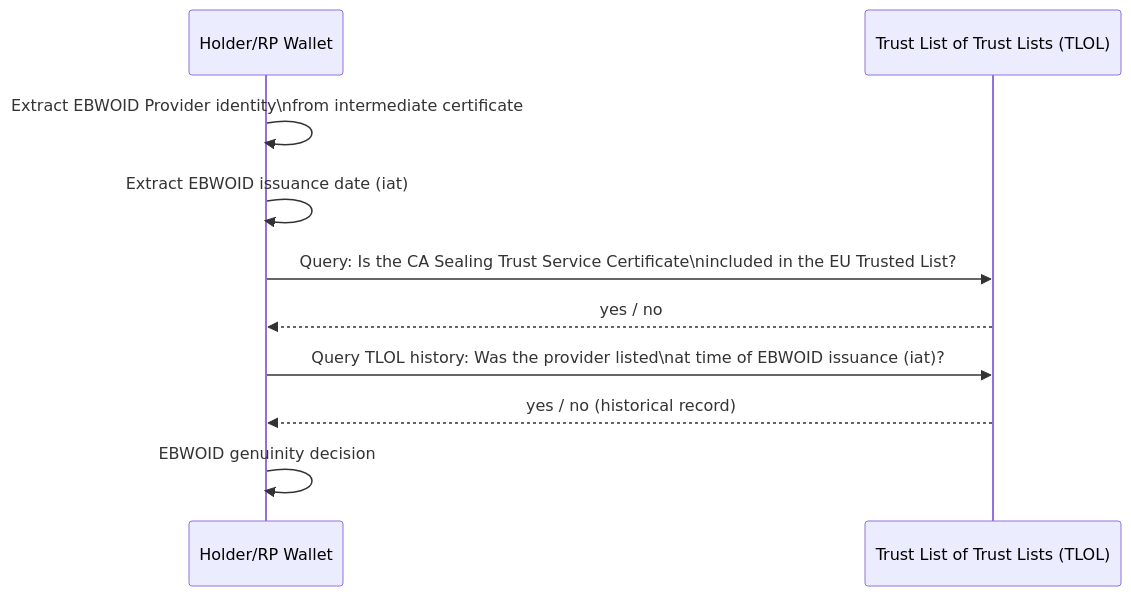
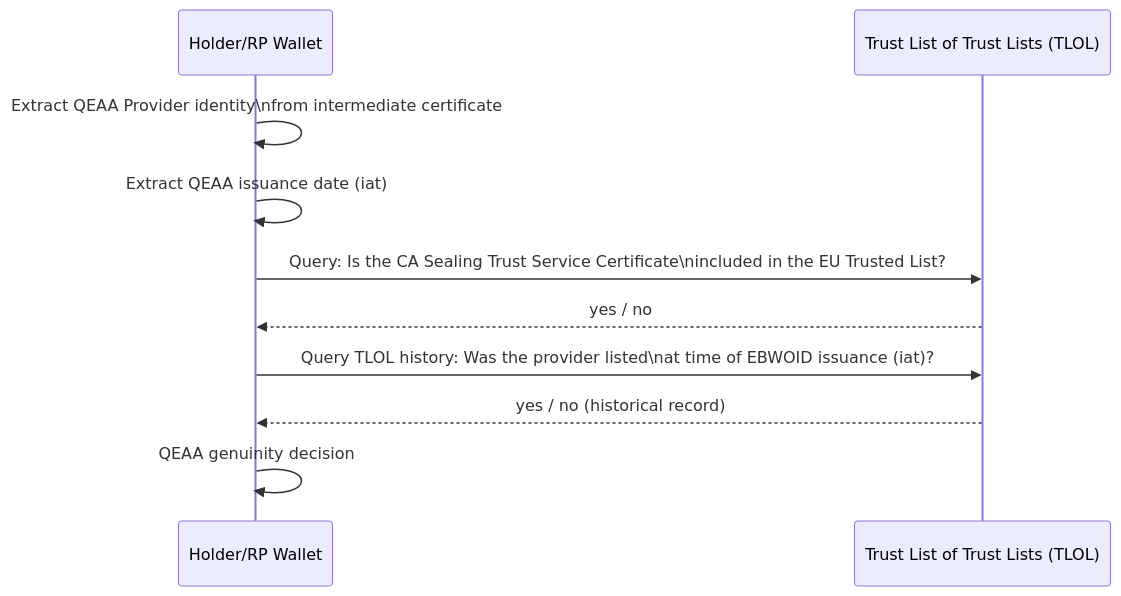
One commit to webuild-consortium/webuild-attestation-rulebooks-catalog changed the second of 7 diagrams in rulebooks/rb-base/verifier-base-verification.md. Above: the diagram before and after it, drawn with Mermaid. The commit also changed other lines of this file, not shown here.

````diff
--- a/rulebooks/rb-base/verifier-base-verification.md
+++ b/rulebooks/rb-base/verifier-base-verification.md
@@ -142,13 +150,13 @@
 ```mermaid
 sequenceDiagram
 participant HW as Holder/RP Wallet
 participant TLOL as Trust List of Trust Lists (TLOL)
 
-    HW->>HW: Extract EBWOID Provider identity\nfrom intermediate certificate
-    HW->>HW: Extract EBWOID issuance date (iat)
+    HW->>HW: Extract QEAA Provider identity\nfrom intermediate certificate
+    HW->>HW: Extract QEAA issuance date (iat)
     HW->>TLOL: Query: Is the CA Sealing Trust Service Certificate\nincluded in the EU Trusted List?
     TLOL-->>HW: yes / no
     HW->>TLOL: Query TLOL history: Was the provider listed\nat time of EBWOID issuance (iat)?
     TLOL-->>HW: yes / no (historical record)
-    HW->>HW: EBWOID genuinity decision
+    HW->>HW: QEAA genuinity decision
 ```
````
